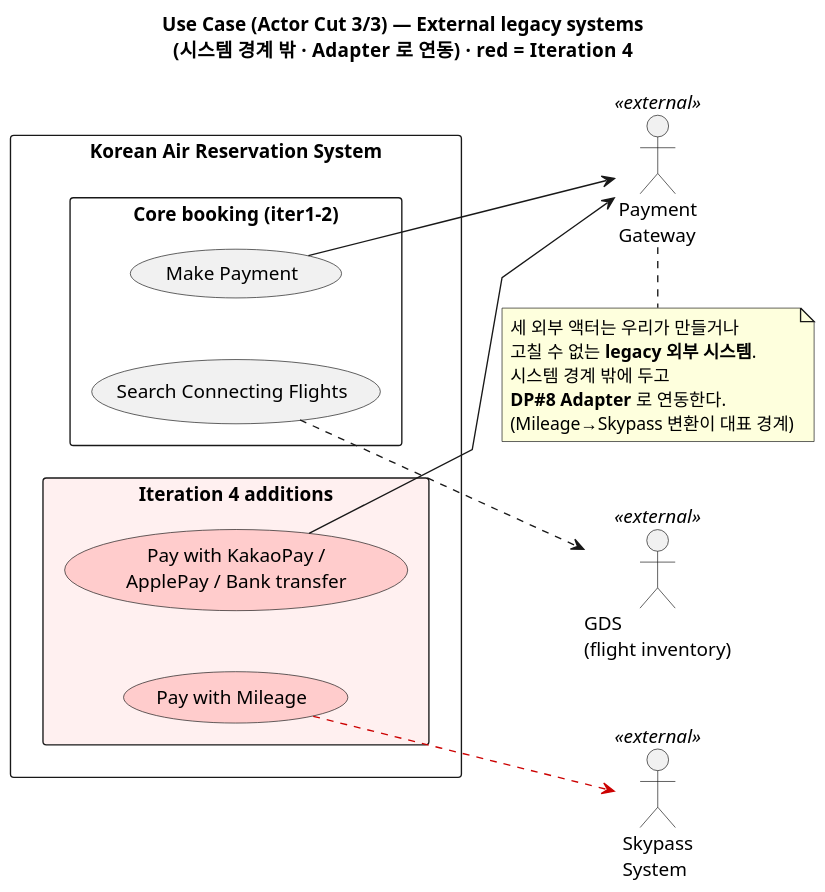
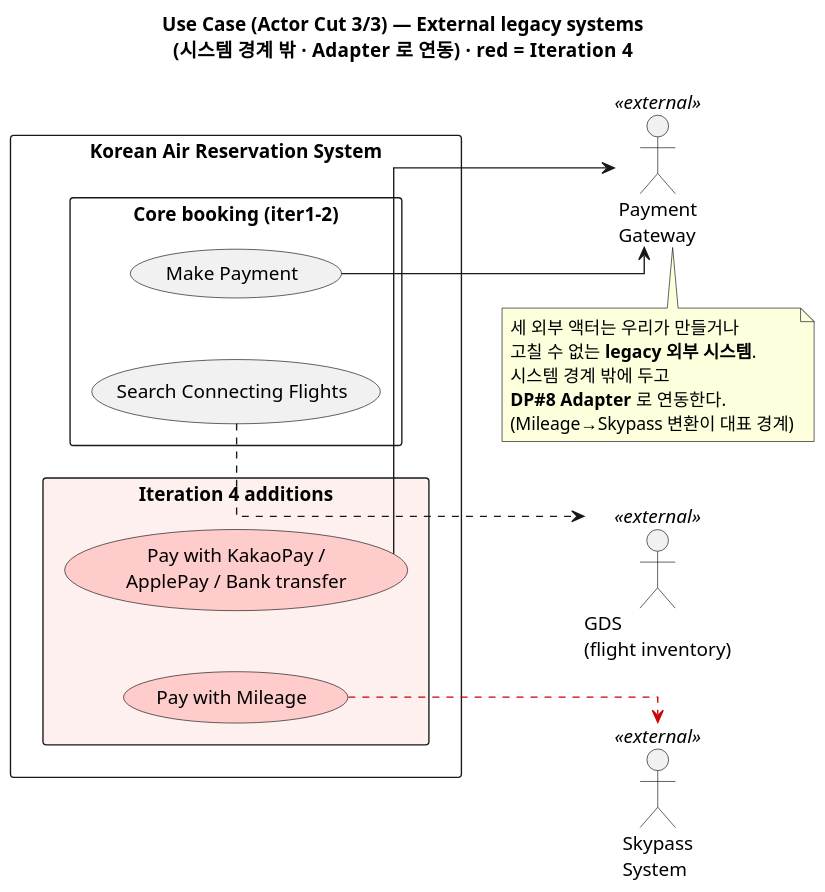
The diagram in docs/diagrams/iter4-puml/usecase-external.puml (gimjungwook/KoreanAirReservationDomain), drawn with PlantUML before and after one commit. The commit also changed 11 other files, not shown here.

First line of the commit message:
Use Case 다이어그램 가독성 개선 + 전체 클래스 다이어그램 부록 추가

```diff
--- a/docs/diagrams/iter4-puml/usecase-external.puml
+++ b/docs/diagrams/iter4-puml/usecase-external.puml
@@ -1,38 +1,38 @@
 @startuml usecase-external
 title Use Case (Actor Cut 3/3) — External legacy systems\n(시스템 경계 밖 · Adapter 로 연동)  ·  red = Iteration 4
 left to right direction
-skinparam linetype polyline
+skinparam linetype ortho
 skinparam ranksep 70
 skinparam nodesep 45
 skinparam packageStyle rectangle
 skinparam shadowing false
 skinparam dpi 130
 
 rectangle "Korean Air Reservation System" {
   package "Core booking (iter1-2)" {
     usecase "Make Payment" as UC_Pay
     usecase "Search Connecting Flights" as UC_Conn
   }
   package "Iteration 4 additions" #FFF0F0 {
     usecase "Pay with KakaoPay /\nApplePay / Bank transfer" as UC_PayM #FFCCCC
     usecase "Pay with Mileage" as UC_Mile #FFCCCC
   }
 }
 
 actor "Payment\nGateway" as Pay <<external>>
 actor "Skypass\nSystem" as Skypass <<external>>
 actor "GDS\n(flight inventory)" as Gds <<external>>
 
 UC_Pay  --> Pay
 UC_PayM --> Pay
 UC_Mile .[#CC0000].> Skypass
 UC_Conn ..> Gds
 
 note bottom of Pay
   세 외부 액터는 우리가 만들거나
   고칠 수 없는 **legacy 외부 시스템**.
   시스템 경계 밖에 두고
   **DP#8 Adapter** 로 연동한다.
   (Mileage→Skypass 변환이 대표 경계)
 end note
 @enduml
```
